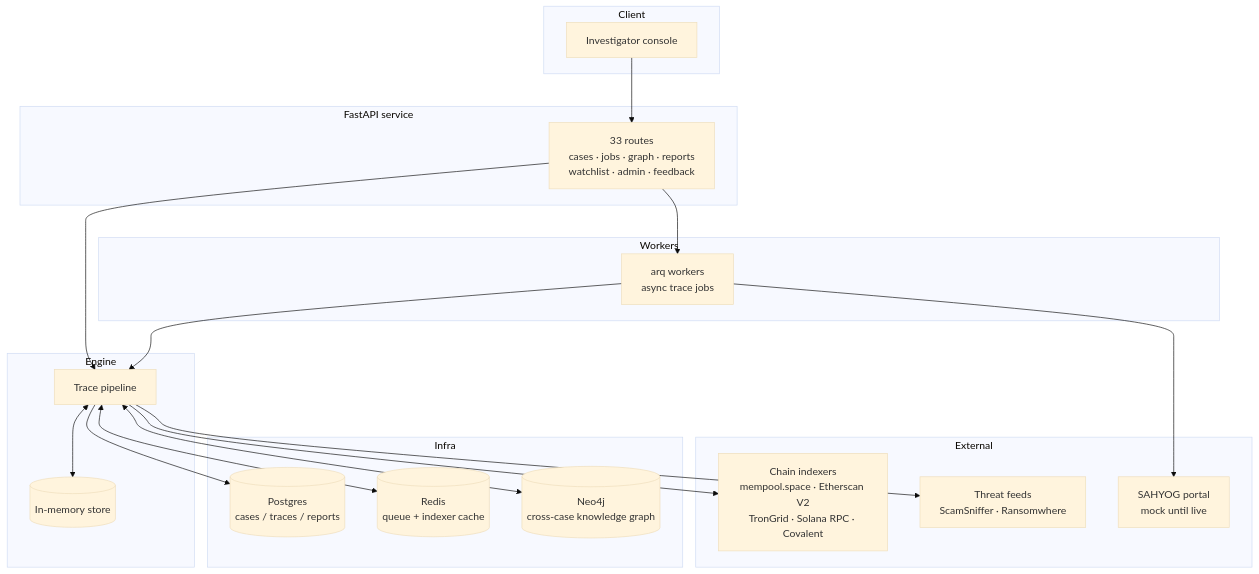
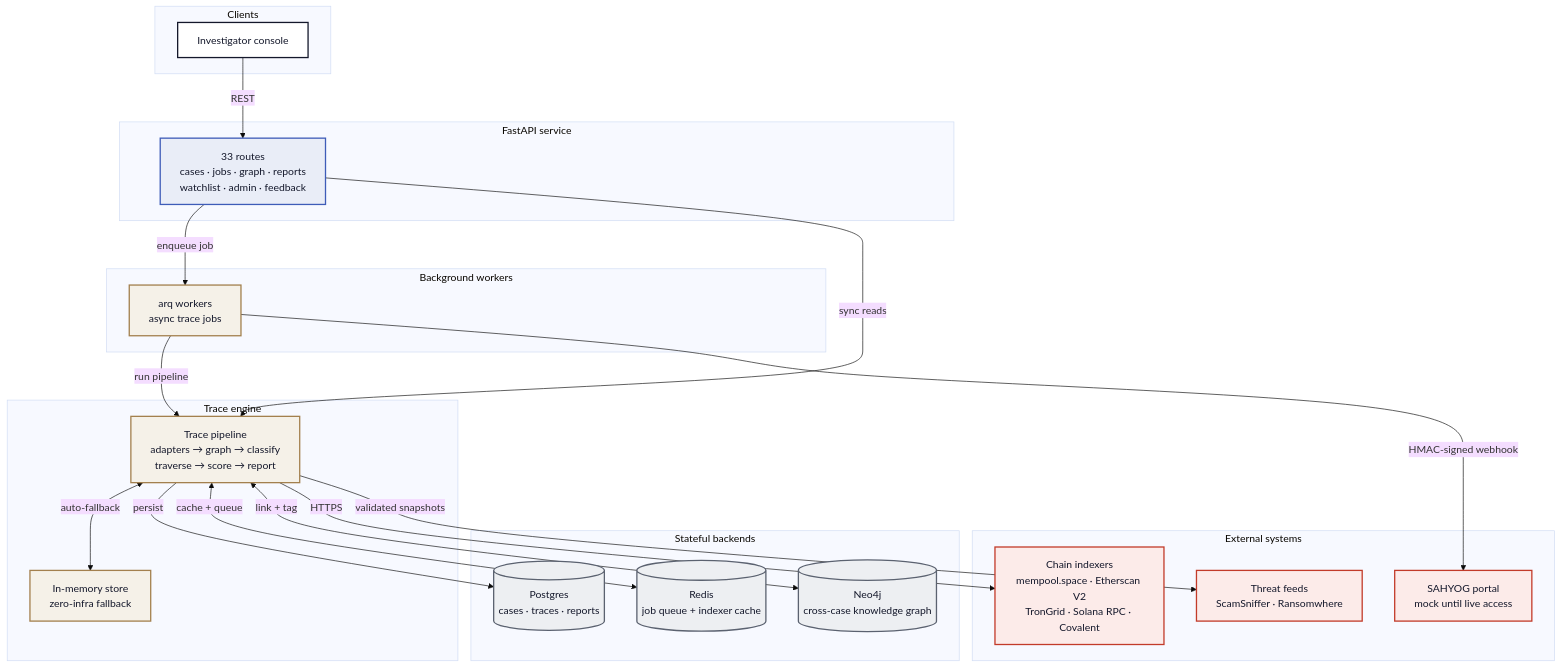
The second of 3 diagrams in README.md (QuantumDev-CERN/Automated-Vasp-Atrribution-Engine), drawn with Mermaid (base theme) before and after one commit. The commit also changed other lines of this file, not shown here.

Commit message:
docs: richer README diagrams — styled pipeline, architecture, trace lifecycle

````diff
--- a/README.md
+++ b/README.md
@@ -109,36 +130,44 @@
 ```mermaid
 flowchart TB
-    subgraph Client
-        UI[Investigator console]
+    classDef client fill:#FFFFFF,stroke:#14182B,stroke-width:2px,color:#14182B
+    classDef api fill:#E9EDF7,stroke:#3E5CB8,stroke-width:2px,color:#14182B
+    classDef eng fill:#F5F1E8,stroke:#A3804E,stroke-width:2px,color:#14182B
+    classDef infra fill:#EDEFF2,stroke:#5B6270,stroke-width:2px,color:#14182B
+    classDef ext fill:#FCEBE9,stroke:#C23B2A,stroke-width:2px,color:#14182B
+
+    subgraph CLIENT["Clients"]
+        UI["Investigator console"]:::client
     end
-    subgraph API["FastAPI service"]
-        R[33 routes<br/>cases · jobs · graph · reports<br/>watchlist · admin · feedback]
+    subgraph SVC["FastAPI service"]
+        R["33 routes<br/>cases · jobs · graph · reports<br/>watchlist · admin · feedback"]:::api
     end
-    subgraph Engine
-        P[Trace pipeline]
-        S[(In-memory store)]
+    subgraph ENG["Trace engine"]
+        P["Trace pipeline<br/>adapters → graph → classify<br/>traverse → score → report"]:::eng
+        M["In-memory store<br/>zero-infra fallback"]:::eng
     end
-    subgraph Workers
-        W[arq workers<br/>async trace jobs]
+    subgraph WORK["Background workers"]
+        W["arq workers<br/>async trace jobs"]:::eng
     end
-    subgraph Infra
-        PG[(Postgres<br/>cases / traces / reports)]
-        RD[(Redis<br/>queue + indexer cache)]
-        N4[(Neo4j<br/>cross-case knowledge graph)]
+    subgraph DATA["Stateful backends"]
+        PG[("Postgres<br/>cases · traces · reports")]:::infra
+        RD[("Redis<br/>job queue + indexer cache")]:::infra
+        N4[("Neo4j<br/>cross-case knowledge graph")]:::infra
     end
-    subgraph External
-        IDX[Chain indexers<br/>mempool.space · Etherscan V2<br/>TronGrid · Solana RPC · Covalent]
-        FEED[Threat feeds<br/>ScamSniffer · Ransomwhere]
-        SAH[SAHYOG portal<br/>mock until live]
+    subgraph EXT["External systems"]
+        IDX["Chain indexers<br/>mempool.space · Etherscan V2<br/>TronGrid · Solana RPC · Covalent"]:::ext
+        FEED["Threat feeds<br/>ScamSniffer · Ransomwhere"]:::ext
+        SAH["SAHYOG portal<br/>mock until live access"]:::ext
     end
-    UI --> R --> P
-    P <--> S
-    R --> W
-    W --> P
-    P --> PG
-    P <--> RD
-    P <--> N4
-    P --> IDX
-    P --> FEED
-    W --> SAH
+
+    UI -->|"REST"| R
+    R -->|"enqueue job"| W
+    R -->|"sync reads"| P
+    P <-->|"auto-fallback"| M
+    W -->|"run pipeline"| P
+    P -->|"persist"| PG
+    P <-->|"cache + queue"| RD
+    P <-->|"link + tag"| N4
+    P -->|"HTTPS"| IDX
+    P -->|"validated snapshots"| FEED
+    W -->|"HMAC-signed webhook"| SAH
 ```
````
